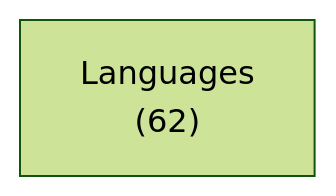
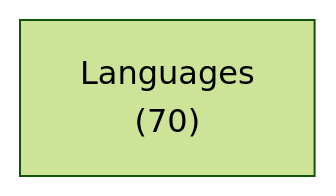
One commit to ruudkoot/rune changed the first of 2 diagrams in docs/lib/language/haskell/depends.md. Above: the diagram before and after it, drawn with Mermaid (forest theme). The commit also changed other lines of this file and 2 other files, not shown here.

````diff
--- a/docs/lib/language/haskell/depends.md
+++ b/docs/lib/language/haskell/depends.md
@@ -24,4 +24,4 @@
 ```mermaid
 flowchart LR
-  a0["Languages<br>(62)"]
+  a0["Languages<br>(70)"]
 ```
````
